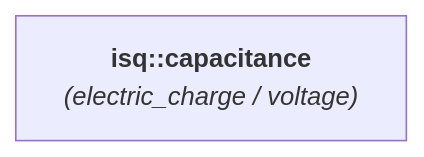
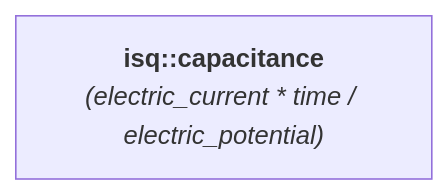
The diagram in docs/reference/systems_reference/hierarchies/capacitance.md (mpusz/mp-units), drawn with Mermaid before and after one commit. The commit also changed 35 other files, not shown here.

````diff
--- a/docs/reference/systems_reference/hierarchies/capacitance.md
+++ b/docs/reference/systems_reference/hierarchies/capacitance.md
@@ -8,4 +8,4 @@
 ```mermaid
 flowchart LR
-    isq_capacitance["<b><a href="../../systems/isq/#capacitance" style="color: var(--md-mermaid-label-fg-color); text-decoration: none;">isq::capacitance</a></b><br><i>(<a href="../../systems/isq/#electric_charge" style="color: var(--md-mermaid-label-fg-color); text-decoration: none;">electric_charge</a> / <a href="../../systems/isq/#voltage" style="color: var(--md-mermaid-label-fg-color); text-decoration: none;">voltage</a>)</i>"]
+    isq_capacitance["<b><a href="../../systems/isq/#capacitance" style="color: var(--md-mermaid-label-fg-color); text-decoration: none;">isq::capacitance</a></b><br><i>(<a href="../../systems/isq/#electric_current" style="color: var(--md-mermaid-label-fg-color); text-decoration: none;">electric_current</a> * <a href="../../systems/isq/#time" style="color: var(--md-mermaid-label-fg-color); text-decoration: none;">time</a> / <a href="../../systems/isq/#electric_potential" style="color: var(--md-mermaid-label-fg-color); text-decoration: none;">electric_potential</a>)</i>"]
 ```
````
